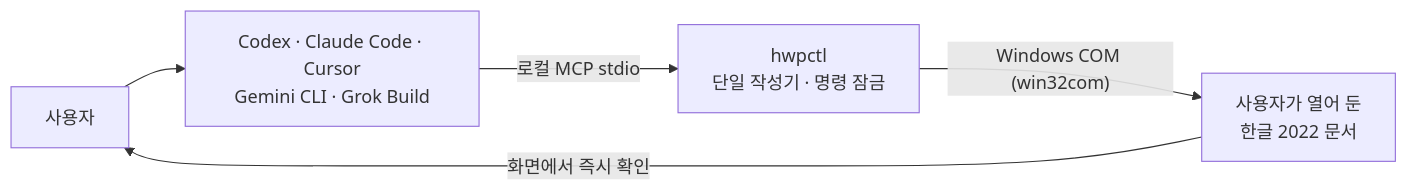
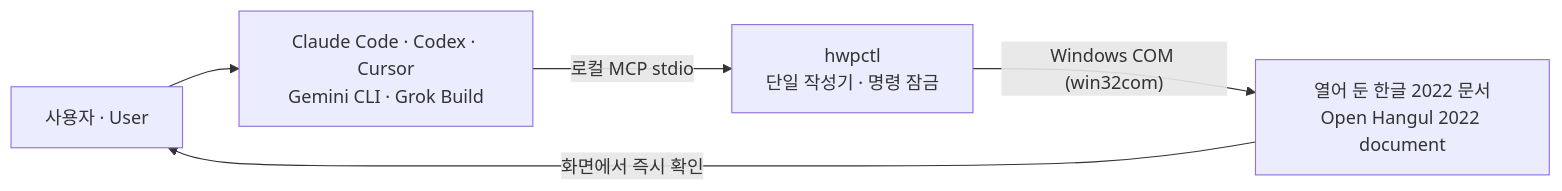
Before and after one commit to Jasujung99/hwpctl: the diagram in README.md, drawn with Mermaid. The commit also changed other lines of this file and 20 other files, not shown here.

````diff
--- a/README.md
+++ b/README.md
@@ -25,7 +13,7 @@
 ```mermaid
 flowchart LR
-    U["사용자"] --> A["Codex · Claude Code · Cursor<br/>Gemini CLI · Grok Build"]
+    U["사용자 · User"] --> A["Claude Code · Codex · Cursor<br/>Gemini CLI · Grok Build"]
     A -->|"로컬 MCP stdio"| B["hwpctl<br/>단일 작성기 · 명령 잠금"]
-    B -->|"Windows COM (win32com)"| H["사용자가 열어 둔<br/>한글 2022 문서"]
+    B -->|"Windows COM (win32com)"| H["열어 둔 한글 2022 문서<br/>Open Hangul 2022 document"]
     H -->|"화면에서 즉시 확인"| U
 ```
````
